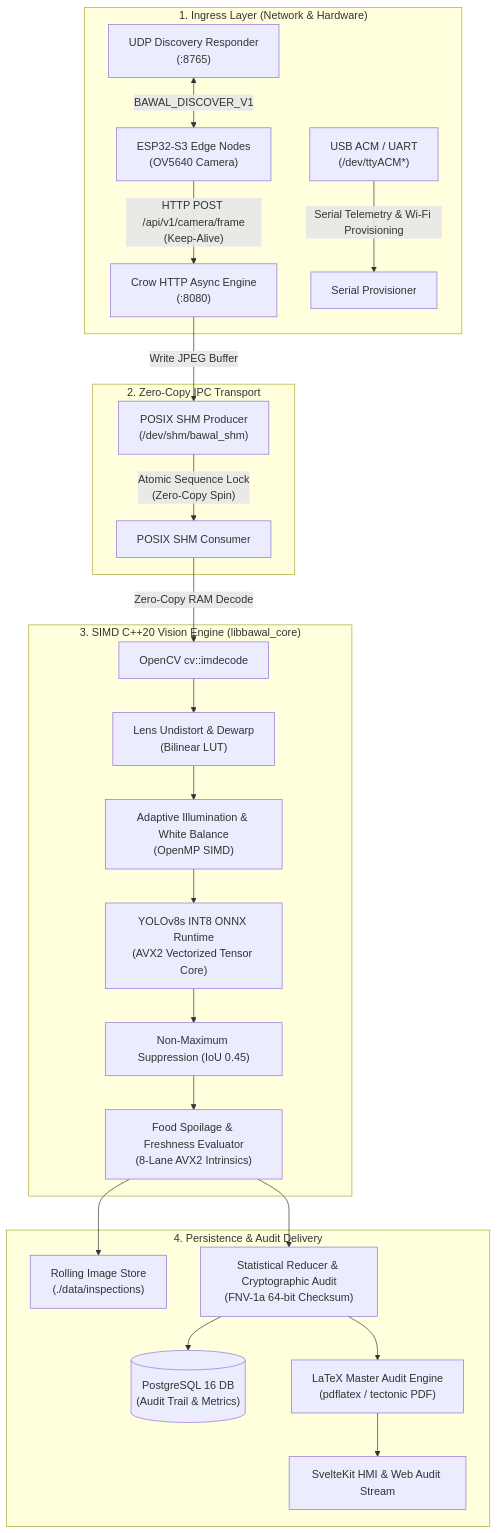
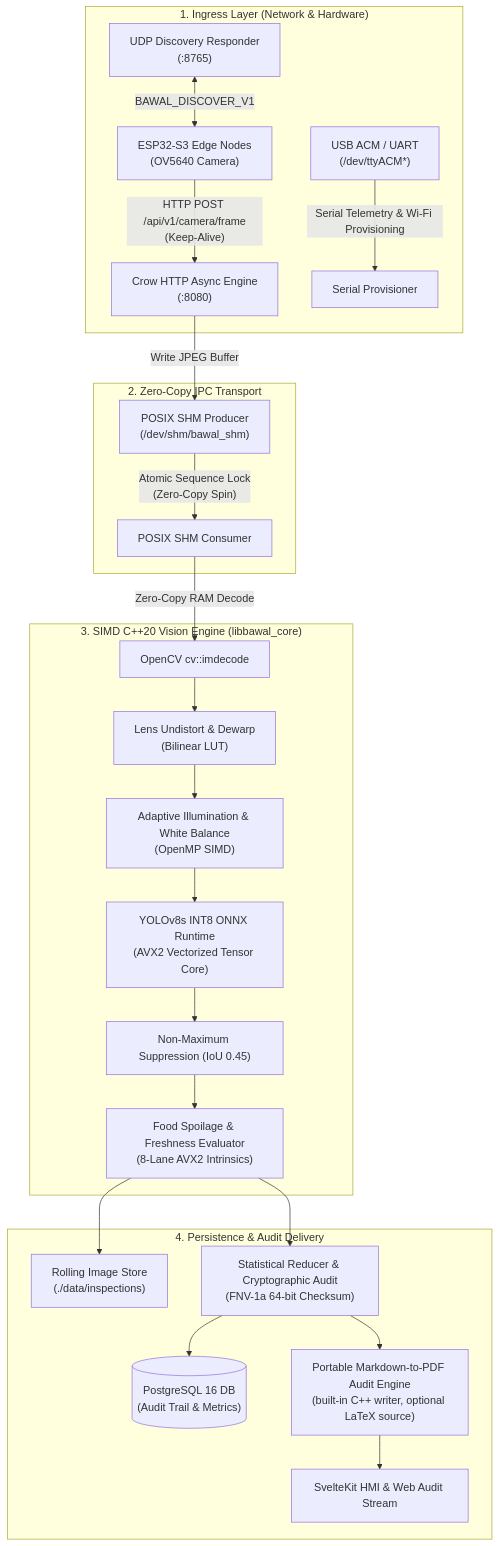
One commit to Bawaldev/BawalVision changed the diagram in services/README.md. Above: the diagram before and after it, drawn with Mermaid. The commit also changed other lines of this file and 13 other files, not shown here.

Commit message:
feat(reports): add portable markdown-to-pdf exports across backend, batch, and lambda

````diff
--- a/services/README.md
+++ b/services/README.md
@@ -34,30 +34,30 @@
 ```mermaid
 flowchart TD
     subgraph Ingress ["1. Ingress Layer (Network & Hardware)"]
         ESP["ESP32-S3 Edge Nodes<br/>(OV5640 Camera)"] -->|"HTTP POST /api/v1/camera/frame<br/>(Keep-Alive)"| CrowHTTP["Crow HTTP Async Engine<br/>(:8080)"]
         USB["USB ACM / UART<br/>(/dev/ttyACM*)"] -->|"Serial Telemetry & Wi-Fi Provisioning"| SerialProv["Serial Provisioner"]
         UDP["UDP Discovery Responder<br/>(:8765)"] <-->|"BAWAL_DISCOVER_V1"| ESP
     end
 
     subgraph IPC ["2. Zero-Copy IPC Transport"]
         CrowHTTP -->|"Write JPEG Buffer"| SHMProd["POSIX SHM Producer<br/>(/dev/shm/bawal_shm)"]
         SHMProd -->|"Atomic Sequence Lock<br/>(Zero-Copy Spin)"| SHMCons["POSIX SHM Consumer"]
     end
 
     subgraph Pipeline ["3. SIMD C++20 Vision Engine (libbawal_core)"]
         SHMCons -->|"Zero-Copy RAM Decode"| ImDecode["OpenCV cv::imdecode"]
         ImDecode --> Dewarp["Lens Undistort & Dewarp<br/>(Bilinear LUT)"]
         Dewarp --> ISP["Adaptive Illumination & White Balance<br/>(OpenMP SIMD)"]
         ISP --> ONNX["YOLOv8s INT8 ONNX Runtime<br/>(AVX2 Vectorized Tensor Core)"]
         ONNX --> NMS["Non-Maximum Suppression (IoU 0.45)"]
         NMS --> Spoilage["Food Spoilage & Freshness Evaluator<br/>(8-Lane AVX2 Intrinsics)"]
     end
 
     subgraph Persistence ["4. Persistence & Audit Delivery"]
         Spoilage --> AuditRoll["Rolling Image Store<br/>(./data/inspections)"]
         Spoilage --> LatencyCalc["Statistical Reducer & Cryptographic Audit<br/>(FNV-1a 64-bit Checksum)"]
         LatencyCalc --> PG[("PostgreSQL 16 DB<br/>(Audit Trail & Metrics)")]
-        LatencyCalc --> LaTeX["LaTeX Master Audit Engine<br/>(pdflatex / tectonic PDF)"]
+        LatencyCalc --> LaTeX["Portable Markdown-to-PDF Audit Engine<br/>(built-in C++ writer, optional LaTeX source)"]
         LaTeX --> UI["SvelteKit HMI & Web Audit Stream"]
     end
 ```
````
